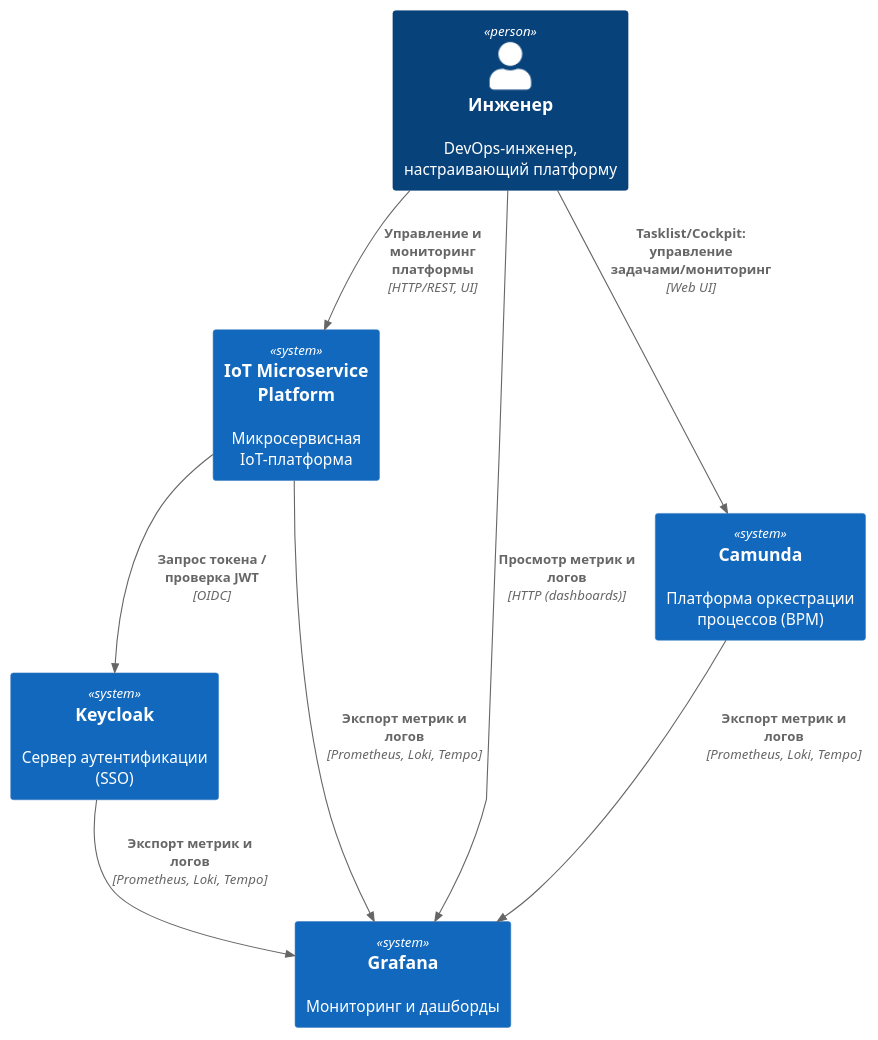
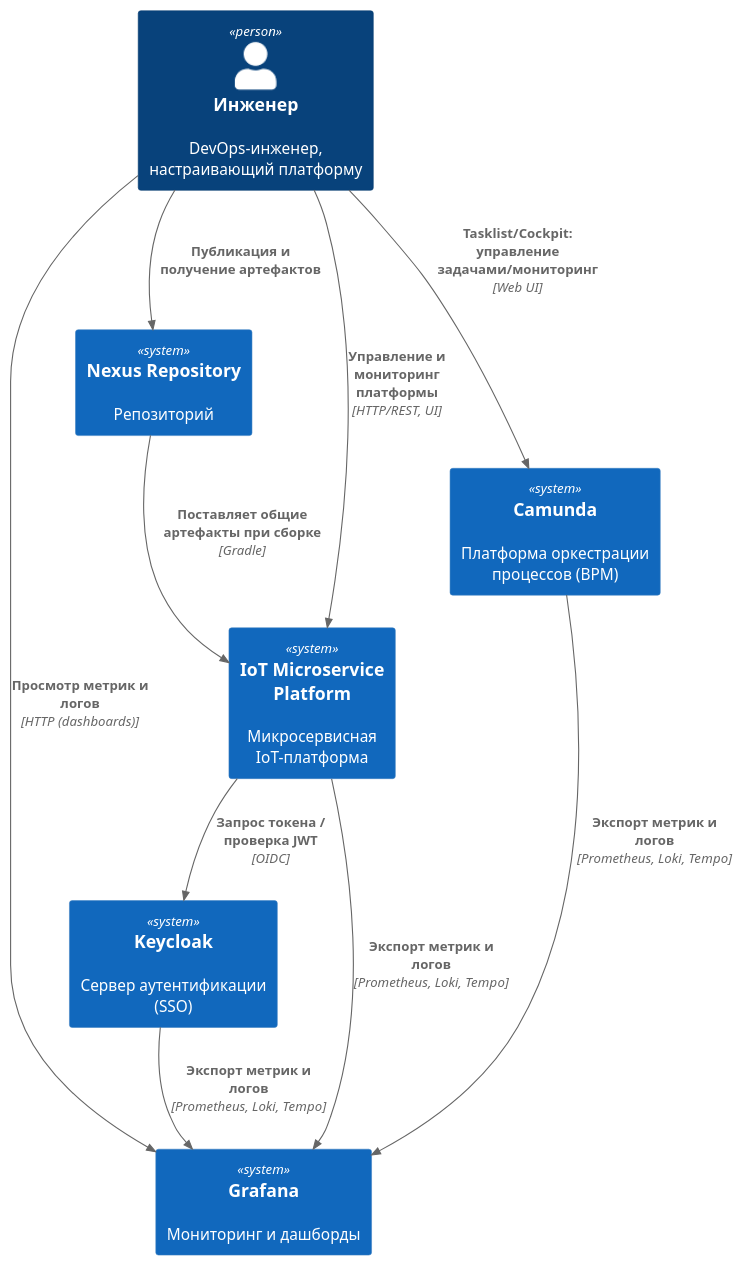
Before and after one commit to SinglePlayer56/iot: the diagram in diagrams/context.puml, drawn with PlantUML. The commit also changed 3 other files, not shown here.

```diff
--- a/diagrams/context.puml
+++ b/diagrams/context.puml
@@ -1,15 +1,18 @@
 @startuml
 !includeurl https://raw.githubusercontent.com/plantuml-stdlib/C4-PlantUML/master/C4_Context.puml
 Person(engineer, "Инженер", "DevOps-инженер, настраивающий платформу")
 System(System_IoT, "IoT Microservice Platform", "Микросервисная IoT-платформа")
 System(keycloak, "Keycloak", "Сервер аутентификации (SSO)")
 System(grafana, "Grafana", "Мониторинг и дашборды")
 System(camunda, "Camunda", "Платформа оркестрации процессов (BPM)")
+System(nexus_repo, "Nexus Repository", "Репозиторий")
 Rel(engineer, System_IoT, "Управление и мониторинг платформы", "HTTP/REST, UI")
 Rel(engineer, grafana, "Просмотр метрик и логов", "HTTP (dashboards)")
 Rel(System_IoT, keycloak, "Запрос токена / проверка JWT", "OIDC")
 Rel(System_IoT, grafana, "Экспорт метрик и логов", "Prometheus, Loki, Tempo")
 Rel(camunda, grafana, "Экспорт метрик и логов", "Prometheus, Loki, Tempo")
 Rel(keycloak, grafana, "Экспорт метрик и логов", "Prometheus, Loki, Tempo")
 Rel(engineer, camunda, "Tasklist/Cockpit: управление задачами/мониторинг", "Web UI")
+Rel(engineer, nexus_repo, "Публикация и получение артефактов")
+Rel(nexus_repo, System_IoT , "Поставляет общие артефакты при сборке", "Gradle")
 @enduml
```
